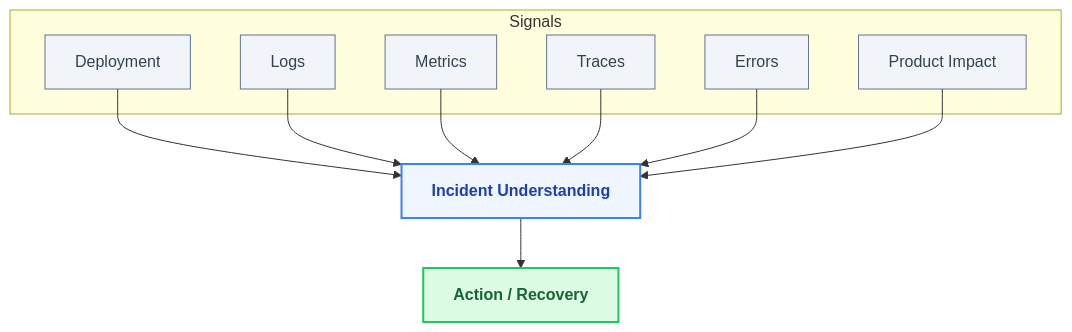
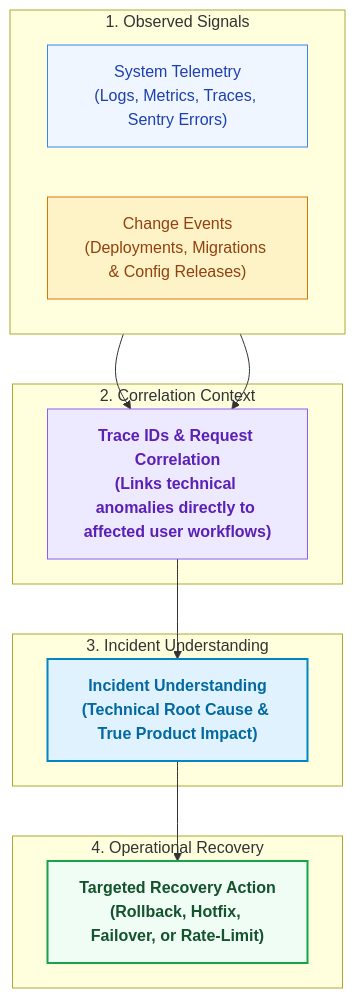
One commit to davidalbertstark-lab/Lenar changed the fourth of 5 diagrams in docs/architecture/13-Analytics-Observability.md. Above: the diagram before and after it, drawn with Mermaid. The commit also changed other lines of this file and 28 other files, not shown here.

Commit message:
docs: system-wide diagram redesign for first-instance comprehension

````diff
--- a/docs/architecture/13-Analytics-Observability.md
+++ b/docs/architecture/13-Analytics-Observability.md
@@ -191,31 +215,31 @@
 ```mermaid
 flowchart TD
-    classDef input fill:#f1f5f9,stroke:#64748b,stroke-width:1px,color:#334155
-    classDef action fill:#dcfce3,stroke:#22c55e,stroke-width:2px,color:#166534,font-weight:bold
-    classDef understanding fill:#eff6ff,stroke:#3b82f6,stroke-width:2px,color:#1e40af,font-weight:bold
+    classDef signal fill:#eff6ff,stroke:#3b82f6,stroke-width:1px,color:#1e40af
+    classDef change fill:#fef3c7,stroke:#d97706,stroke-width:1px,color:#92400e
+    classDef correlation fill:#ede9fe,stroke:#8b5cf6,stroke-width:1px,color:#5b21b6,font-weight:bold
+    classDef assess fill:#e0f2fe,stroke:#0284c7,stroke-width:2px,color:#0369a1,font-weight:bold
+    classDef recovery fill:#f0fdf4,stroke:#16a34a,stroke-width:2px,color:#14532d,font-weight:bold
 
-    subgraph Signals
-        D[Deployment]
-        L[Logs]
-        M[Metrics]
-        T[Traces]
-        E[Errors]
-        PI[Product Impact]
+    subgraph DiscoveredSignals ["1. Observed Signals"]
+        direction LR
+        SYS["System Telemetry<br/>(Logs, Metrics, Traces, Sentry Errors)"]:::signal
+        CHG["Change Events<br/>(Deployments, Migrations & Config Releases)"]:::change
     end
 
-    IU[Incident Understanding]
-    AR[Action / Recovery]
+    subgraph ContextEngine ["2. Correlation Context"]
+        CORR["Trace IDs & Request Correlation<br/>(Links technical anomalies directly to affected user workflows)"]:::correlation
+    end
 
-    D --> IU
-    L --> IU
-    M --> IU
-    T --> IU
-    E --> IU
-    PI --> IU
+    subgraph IncidentAssessment ["3. Incident Understanding"]
+        IU["Incident Understanding<br/>(Technical Root Cause & True Product Impact)"]:::assess
+    end
 
+    subgraph Recovery ["4. Operational Recovery"]
+        AR["Targeted Recovery Action<br/>(Rollback, Hotfix, Failover, or Rate-Limit)"]:::recovery
+    end
+
+    SYS --> CORR
+    CHG --> CORR
+    CORR --> IU
     IU --> AR
-
-    class D,L,M,T,E,PI input;
-    class IU understanding;
-    class AR action;
 ```
````
